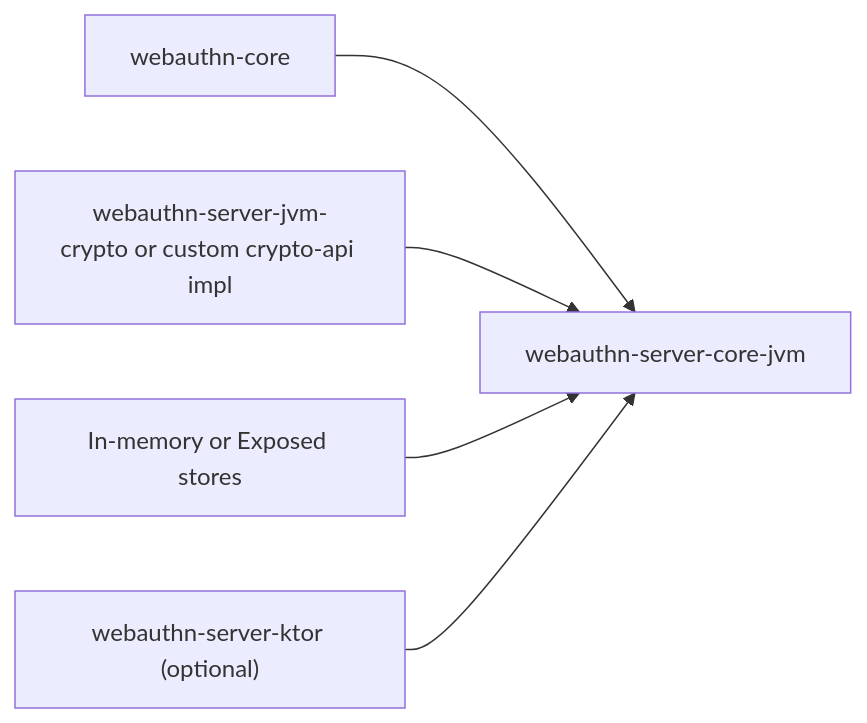
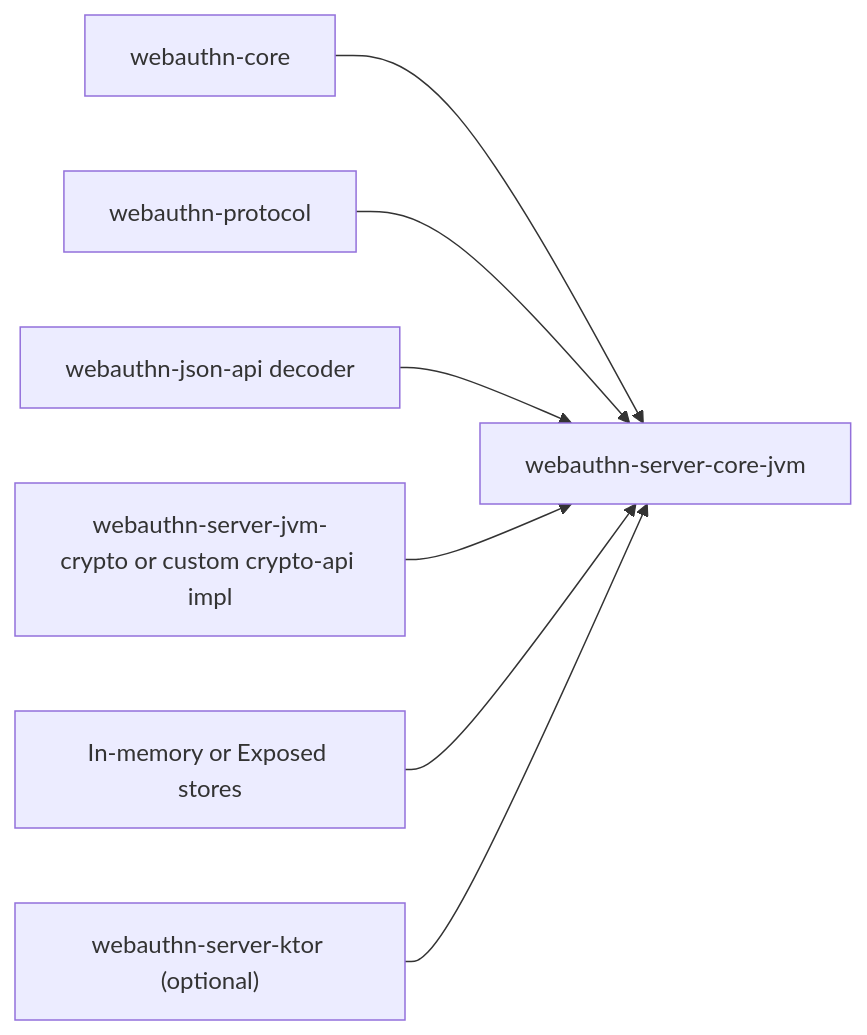
The diagram in server/webauthn-server-core-jvm/README.md (szijpeter/webauthn-kotlin-multiplatform), drawn with Mermaid before and after one commit. The commit also changed other lines of this file and 69 other files, not shown here.

````diff
--- a/server/webauthn-server-core-jvm/README.md
+++ b/server/webauthn-server-core-jvm/README.md
@@ -69,7 +72,9 @@
 ```mermaid
 flowchart LR
     CORE["webauthn-core"] --> SVC["webauthn-server-core-jvm"]
+    PROTOCOL["webauthn-protocol"] --> SVC
+    JSON["webauthn-json-api decoder"] --> SVC
     CRYPTO["webauthn-server-jvm-crypto or custom crypto-api impl"] --> SVC
     STORE["In-memory or Exposed stores"] --> SVC
     KTOR["webauthn-server-ktor (optional)"] --> SVC
 ```
````
